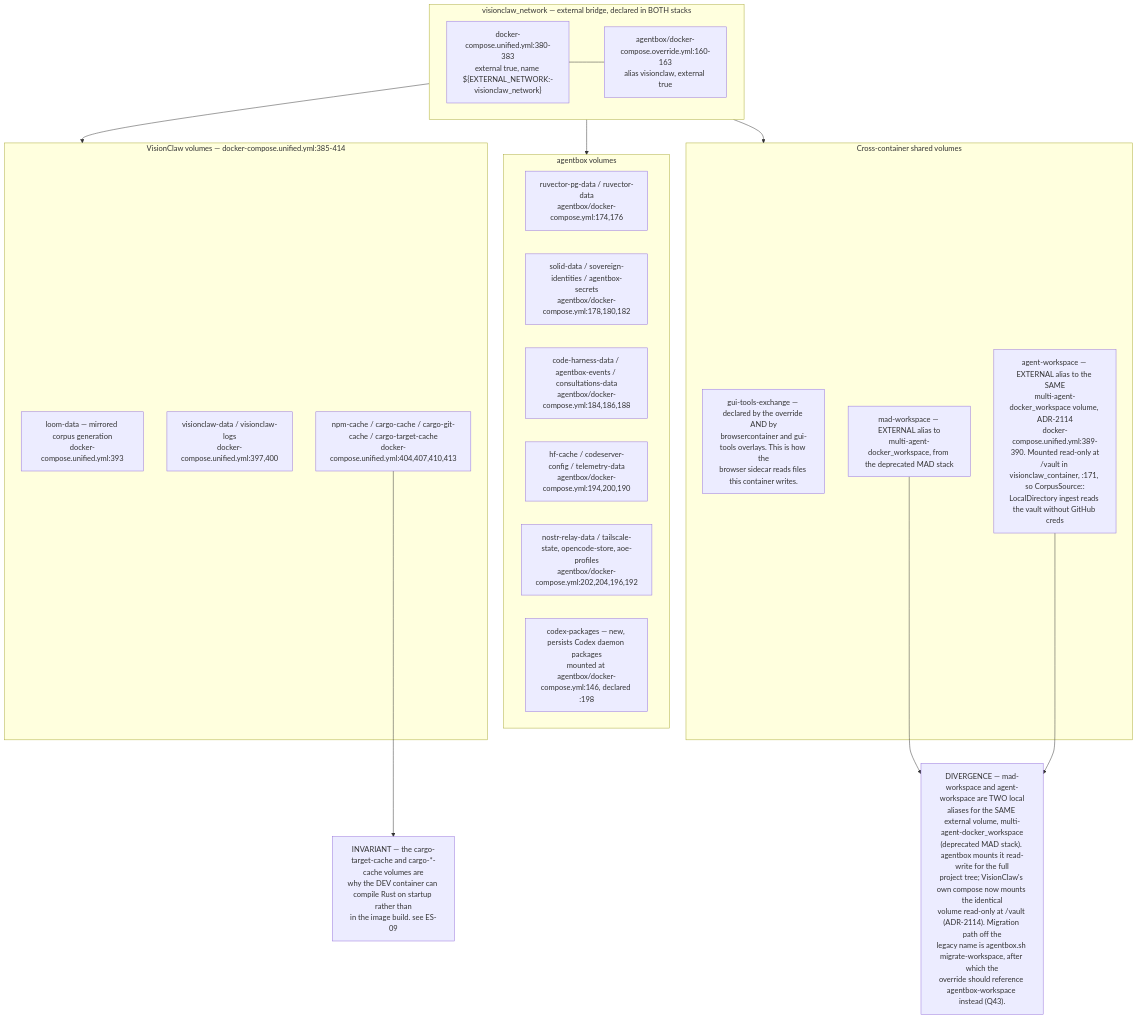
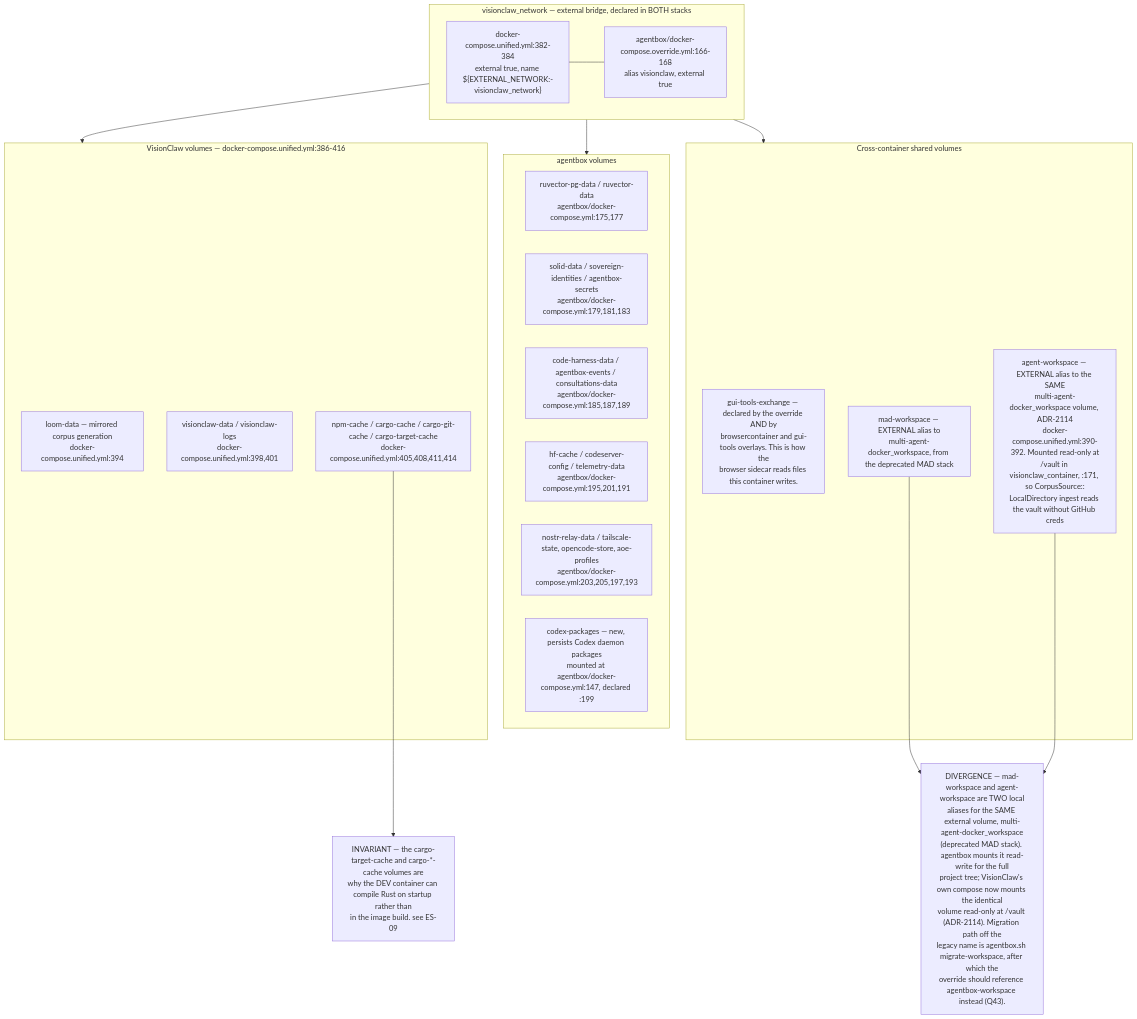
Before and after one commit to DreamLab-AI/VisionFlow: the fourth of 8 diagrams in docs/diagrams/estate/01-estate-topology.md, drawn with Mermaid. The commit also changed other lines of this file and 111 other files, not shown here.

Commit message:
docs(diagrams): align estate maps with current source

````diff
--- a/docs/diagrams/estate/01-estate-topology.md
+++ b/docs/diagrams/estate/01-estate-topology.md
@@ -166,37 +166,37 @@
 ```mermaid
 flowchart TB
     subgraph net["visionclaw_network — external bridge, declared in BOTH stacks"]
-        N1["docker-compose.unified.yml:380-383<br/>external true, name ${EXTERNAL_NETWORK:-visionclaw_network}"]
-        N2["agentbox/docker-compose.override.yml:160-163<br/>alias visionclaw, external true"]
+        N1["docker-compose.unified.yml:382-384<br/>external true, name ${EXTERNAL_NETWORK:-visionclaw_network}"]
+        N2["agentbox/docker-compose.override.yml:166-168<br/>alias visionclaw, external true"]
     end
-    subgraph vcvol["VisionClaw volumes — docker-compose.unified.yml:385-414"]
-        V1["loom-data — mirrored corpus generation<br/>docker-compose.unified.yml:393"]
-        V2["visionclaw-data / visionclaw-logs<br/>docker-compose.unified.yml:397,400"]
-        V3["npm-cache / cargo-cache / cargo-git-cache / cargo-target-cache<br/>docker-compose.unified.yml:404,407,410,413"]
+    subgraph vcvol["VisionClaw volumes — docker-compose.unified.yml:386-416"]
+        V1["loom-data — mirrored corpus generation<br/>docker-compose.unified.yml:394"]
+        V2["visionclaw-data / visionclaw-logs<br/>docker-compose.unified.yml:398,401"]
+        V3["npm-cache / cargo-cache / cargo-git-cache / cargo-target-cache<br/>docker-compose.unified.yml:405,408,411,414"]
     end
     subgraph abvol["agentbox volumes"]
-        W1["ruvector-pg-data / ruvector-data<br/>agentbox/docker-compose.yml:174,176"]
-        W2["solid-data / sovereign-identities / agentbox-secrets<br/>agentbox/docker-compose.yml:178,180,182"]
-        W3["code-harness-data / agentbox-events / consultations-data<br/>agentbox/docker-compose.yml:184,186,188"]
-        W4["hf-cache / codeserver-config / telemetry-data<br/>agentbox/docker-compose.yml:194,200,190"]
-        W5["nostr-relay-data / tailscale-state, opencode-store, aoe-profiles<br/>agentbox/docker-compose.yml:202,204,196,192"]
-        W6["codex-packages — new, persists Codex daemon packages<br/>mounted at agentbox/docker-compose.yml:146, declared :198"]
+        W1["ruvector-pg-data / ruvector-data<br/>agentbox/docker-compose.yml:175,177"]
+        W2["solid-data / sovereign-identities / agentbox-secrets<br/>agentbox/docker-compose.yml:179,181,183"]
+        W3["code-harness-data / agentbox-events / consultations-data<br/>agentbox/docker-compose.yml:185,187,189"]
+        W4["hf-cache / codeserver-config / telemetry-data<br/>agentbox/docker-compose.yml:195,201,191"]
+        W5["nostr-relay-data / tailscale-state, opencode-store, aoe-profiles<br/>agentbox/docker-compose.yml:203,205,197,193"]
+        W6["codex-packages — new, persists Codex daemon packages<br/>mounted at agentbox/docker-compose.yml:147, declared :199"]
     end
     subgraph shared["Cross-container shared volumes"]
         S1["gui-tools-exchange — declared by the override AND by<br/>browsercontainer and gui-tools overlays. This is how the<br/>browser sidecar reads files this container writes."]
         S2["mad-workspace — EXTERNAL alias to<br/>multi-agent-docker_workspace, from the deprecated MAD stack"]
-        S3["agent-workspace — EXTERNAL alias to the SAME<br/>multi-agent-docker_workspace volume, ADR-2114<br/>docker-compose.unified.yml:389-390. Mounted read-only at<br/>/vault in visionclaw_container, :171, so CorpusSource::<br/>LocalDirectory ingest reads the vault without GitHub creds"]
+        S3["agent-workspace — EXTERNAL alias to the SAME<br/>multi-agent-docker_workspace volume, ADR-2114<br/>docker-compose.unified.yml:390-392. Mounted read-only at<br/>/vault in visionclaw_container, :171, so CorpusSource::<br/>LocalDirectory ingest reads the vault without GitHub creds"]
     end
 
     N1 --- N2
     net --> vcvol
     net --> abvol
     net --> shared
 
     D1["DIVERGENCE — mad-workspace and agent-workspace are TWO local<br/>aliases for the SAME external volume, multi-agent-docker_workspace<br/>(deprecated MAD stack). agentbox mounts it read-write for the full<br/>project tree; VisionClaw's own compose now mounts the identical<br/>volume read-only at /vault (ADR-2114). Migration path off the<br/>legacy name is agentbox.sh migrate-workspace, after which the<br/>override should reference agentbox-workspace instead (Q43)."]
     INV["INVARIANT — the cargo-target-cache and cargo-*-cache volumes are<br/>why the DEV container can compile Rust on startup rather than<br/>in the image build. see ES-09"]
 
     S2 --> D1
     S3 --> D1
     V3 --> INV
 ```
````
